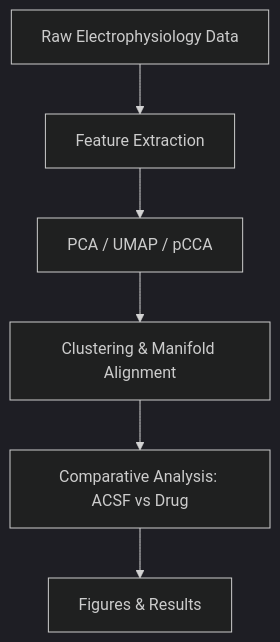
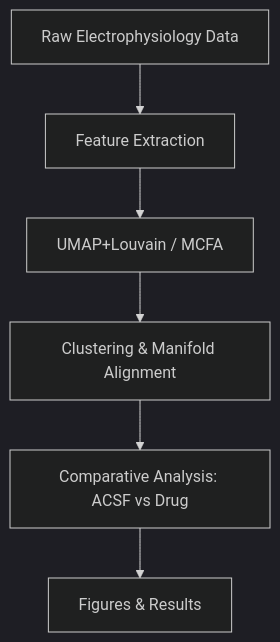
One commit to Nishant-codex/single_cell_analysis changed the diagram in README.md. Above: the diagram before and after it, drawn with Mermaid (dark theme).

````diff
--- a/README.md
+++ b/README.md
@@ -75,8 +75,8 @@
 ```mermaid
 flowchart TD
     A[Raw Electrophysiology Data] --> B[Feature Extraction]
-    B --> C[PCA / UMAP / pCCA]
+    B --> C[UMAP+Louvain / MCFA]
     C --> D[Clustering & Manifold Alignment]
     D --> E[Comparative Analysis: ACSF vs Drug]
     E --> F[Figures & Results]
 ```
````
